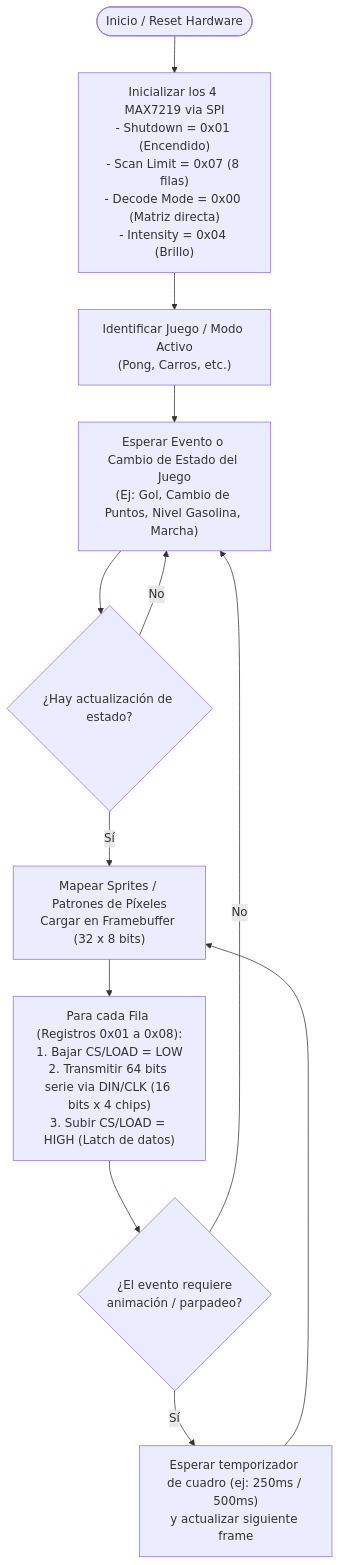
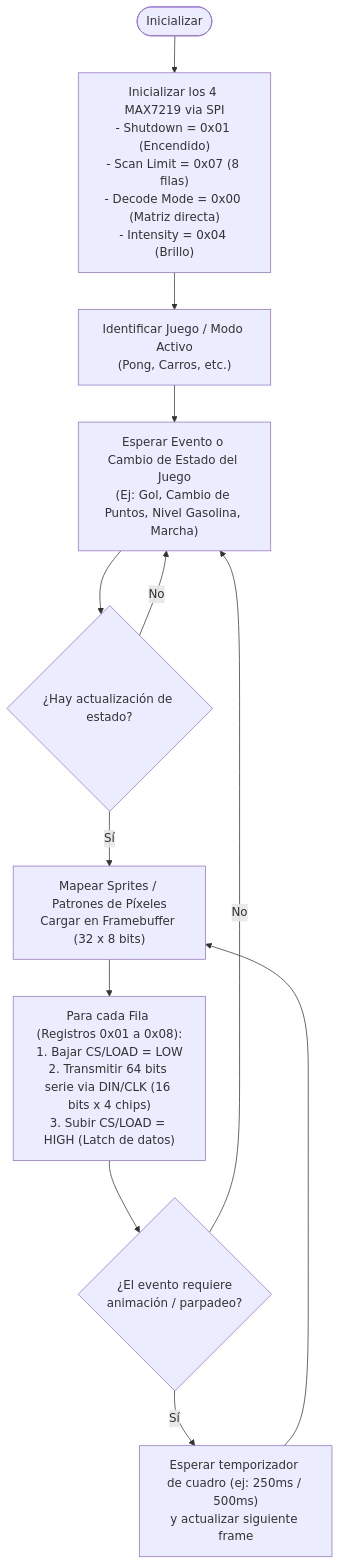
Before and after one commit to KUBIX2026/MAX7219-: the second of 2 diagrams in README.md, drawn with Mermaid.

Commit message:
Update initialization step in README

````diff
--- a/README.md
+++ b/README.md
@@ -169,23 +169,23 @@
 ```mermaid
 graph TD
-    A([Inicio / Reset Hardware]) --> B["Inicializar los 4 MAX7219 via SPI<br>- Shutdown = 0x01 (Encendido)<br>- Scan Limit = 0x07 (8 filas)<br>- Decode Mode = 0x00 (Matriz directa)<br>- Intensity = 0x04 (Brillo)"]
+    A([Inicializar]) --> B["Inicializar los 4 MAX7219 via SPI<br>- Shutdown = 0x01 (Encendido)<br>- Scan Limit = 0x07 (8 filas)<br>- Decode Mode = 0x00 (Matriz directa)<br>- Intensity = 0x04 (Brillo)"]
     
     B --> C["Identificar Juego / Modo Activo<br>(Pong, Carros, etc.)"]
     
     C --> D["Esperar Evento o Cambio de Estado del Juego<br>(Ej: Gol, Cambio de Puntos, Nivel Gasolina, Marcha)"]
     
     D --> E{"¿Hay actualización de estado?"}
     
     E -- No --> D
     
     E -- Sí --> F["Mapear Sprites / Patrones de Píxeles<br>Cargar en Framebuffer (32 x 8 bits)"]
     
     F --> G["Para cada Fila (Registros 0x01 a 0x08):<br>1. Bajar CS/LOAD = LOW<br>2. Transmitir 64 bits serie via DIN/CLK (16 bits x 4 chips)<br>3. Subir CS/LOAD = HIGH (Latch de datos)"]
     
     G --> H{"¿El evento requiere <br> animación / parpadeo?"}
     
     H -- Sí --> I["Esperar temporizador de cuadro (ej: 250ms / 500ms)<br>y actualizar siguiente frame"]
     I --> F
     
     H -- No --> D
 ```
````
